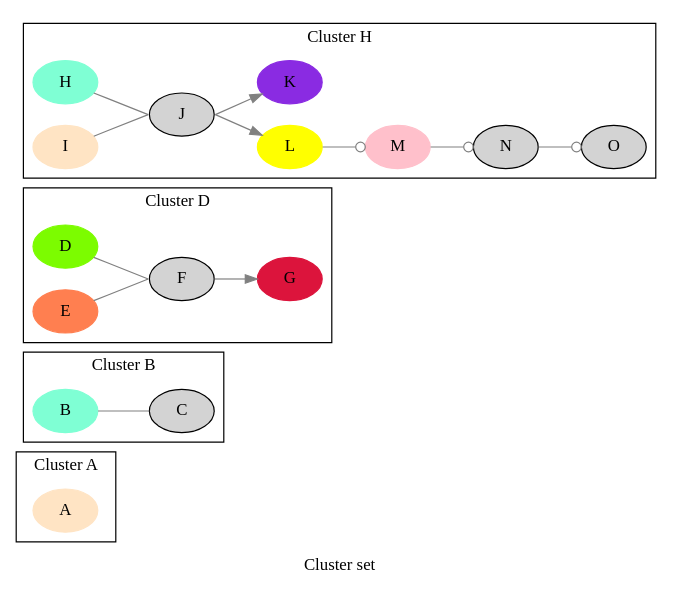
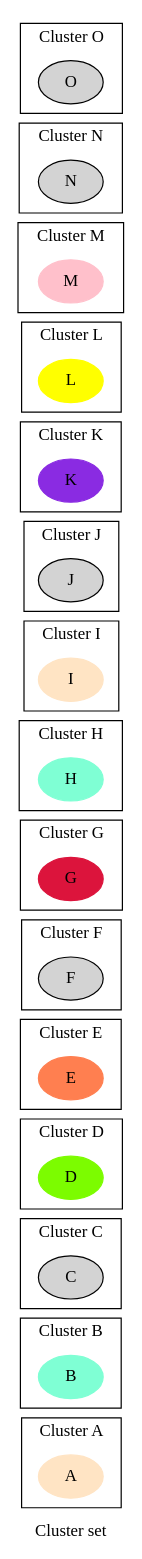
One commit to graphviz-perl/GraphViz2-Marpa-PathUtils changed the diagram in data/14.clusters.out.gv. Above: the diagram before and after it, drawn with Graphviz. The commit also changed 2 other files, not shown here.

```diff
--- a/data/14.clusters.out.gv
+++ b/data/14.clusters.out.gv
@@ -1,62 +1,109 @@
 digraph Perl
 {
 graph [ label="Cluster set" rankdir="LR" ]
 
 subgraph "cluster A"
 {
 graph [ label="Cluster A" rankdir="LR" ]
 
 "A" [ color="bisque" shape="oval" style="filled" ]
 }
 
 subgraph "cluster B"
 {
 graph [ label="Cluster B" rankdir="LR" ]
 
 "B" [ color="aquamarine" shape="oval" style="filled" ]
+}
+
+subgraph "cluster C"
+{
+graph [ label="Cluster C" rankdir="LR" ]
+
 "C" [ shape="oval" style="filled" ]
-"B" -> "C" [ arrowhead="none" color="grey" label="" samehead="1" ]
 }
 
 subgraph "cluster D"
 {
 graph [ label="Cluster D" rankdir="LR" ]
 
 "D" [ color="lawngreen" shape="oval" style="filled" ]
+}
+
+subgraph "cluster E"
+{
+graph [ label="Cluster E" rankdir="LR" ]
+
+"E" [ color="coral" shape="oval" style="filled" ]
+}
+
+subgraph "cluster F"
+{
+graph [ label="Cluster F" rankdir="LR" ]
+
 "F" [ shape="oval" style="filled" ]
-"D" -> "F" [ arrowhead="none" color="grey" label="" samehead="1" ]
-"E" [ color="coral" shape="oval" style="filled" ]
-"F" [ shape="oval" style="filled" ]
-"E" -> "F" [ arrowhead="none" color="grey" label="" samehead="1" ]
-"F" [ shape="oval" style="filled" ]
+}
+
+subgraph "cluster G"
+{
+graph [ label="Cluster G" rankdir="LR" ]
+
 "G" [ color="crimson" shape="oval" style="filled" ]
-"F" -> "G" [ color="grey" label="" sametail="1" ]
 }
 
 subgraph "cluster H"
 {
 graph [ label="Cluster H" rankdir="LR" ]
 
 "H" [ color="aquamarine" shape="oval" style="filled" ]
+}
+
+subgraph "cluster I"
+{
+graph [ label="Cluster I" rankdir="LR" ]
+
+"I" [ color="bisque" shape="oval" style="filled" ]
+}
+
+subgraph "cluster J"
+{
+graph [ label="Cluster J" rankdir="LR" ]
+
 "J" [ shape="oval" style="filled" ]
-"H" -> "J" [ arrowhead="none" color="grey" label="" samehead="1" ]
-"I" [ color="bisque" shape="oval" style="filled" ]
-"J" [ shape="oval" style="filled" ]
-"I" -> "J" [ arrowhead="none" color="grey" label="" samehead="1" ]
-"J" [ shape="oval" style="filled" ]
+}
+
+subgraph "cluster K"
+{
+graph [ label="Cluster K" rankdir="LR" ]
+
+"K" [ color="blueviolet" shape="oval" style="filled" ]
+}
+
+subgraph "cluster L"
+{
+graph [ label="Cluster L" rankdir="LR" ]
+
 "L" [ color="yellow" shape="oval" style="filled" ]
-"J" -> "L" [ color="grey" label="" sametail="1" ]
-"J" [ shape="oval" style="filled" ]
-"K" [ color="blueviolet" shape="oval" style="filled" ]
-"J" -> "K" [ color="grey" label="" sametail="1" ]
-"L" [ color="yellow" shape="oval" style="filled" ]
+}
+
+subgraph "cluster M"
+{
+graph [ label="Cluster M" rankdir="LR" ]
+
 "M" [ color="pink" shape="oval" style="filled" ]
-"L" -> "M" [ arrowhead="odot" color="grey" label="" ]
-"M" [ color="pink" shape="oval" style="filled" ]
+}
+
+subgraph "cluster N"
+{
+graph [ label="Cluster N" rankdir="LR" ]
+
 "N" [ shape="oval" style="filled" ]
-"M" -> "N" [ arrowhead="odot" color="grey" label="" ]
-"N" [ shape="oval" style="filled" ]
+}
+
+subgraph "cluster O"
+{
+graph [ label="Cluster O" rankdir="LR" ]
+
 "O" [ shape="oval" style="filled" ]
-"N" -> "O" [ arrowhead="odot" color="grey" label="" ]
 }
 }
```
